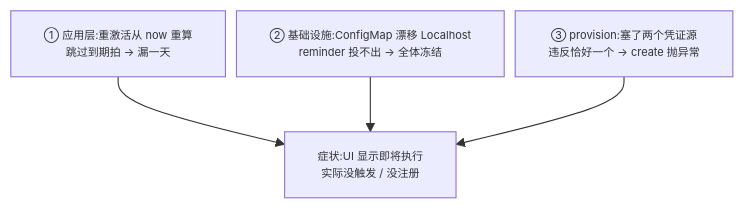
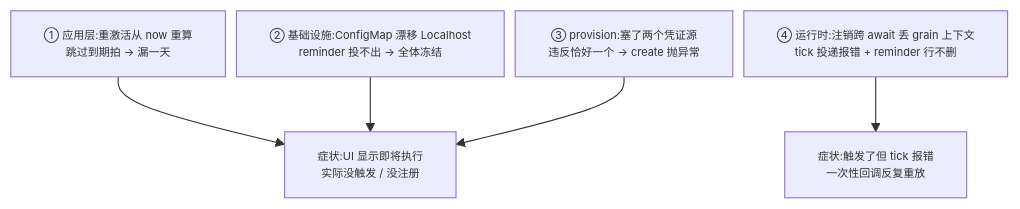
Before and after one commit to eanzhao-os/aevatar-review: the first of 4 diagrams in 10/07-scheduled-task-not-firing.md, drawn with Mermaid. The commit also changed other lines of this file and 1 other file, not shown here.

First line of the commit message:
docs: record reminder grain-context regression and blocked fourth canary

````diff
--- a/10/07-scheduled-task-not-firing.md
+++ b/10/07-scheduled-task-not-firing.md
@@ -25,11 +27,14 @@
 ```mermaid
 %%{init: {"maxTextSize": 100000, "flowchart": {"useMaxWidth": false, "nodeSpacing": 10, "rankSpacing": 50}, "themeVariables": {"fontSize": "10px"}}}%%
 flowchart TB
     A["① 应用层:重激活从 now 重算<br/>跳过到期拍 → 漏一天"]
     B["② 基础设施:ConfigMap 漂移 Localhost<br/>reminder 投不出 → 全体冻结"]
     C["③ provision:塞了两个凭证源<br/>违反恰好一个 → create 抛异常"]
+    D["④ 运行时:注销跨 await 丢 grain 上下文<br/>tick 投递报错 + reminder 行不删"]
     S["症状:UI 显示即将执行<br/>实际没触发 / 没注册"]
+    S2["症状:触发了但 tick 报错<br/>一次性回调反复重放"]
     A --> S
     B --> S
     C --> S
+    D --> S2
 ```
````
